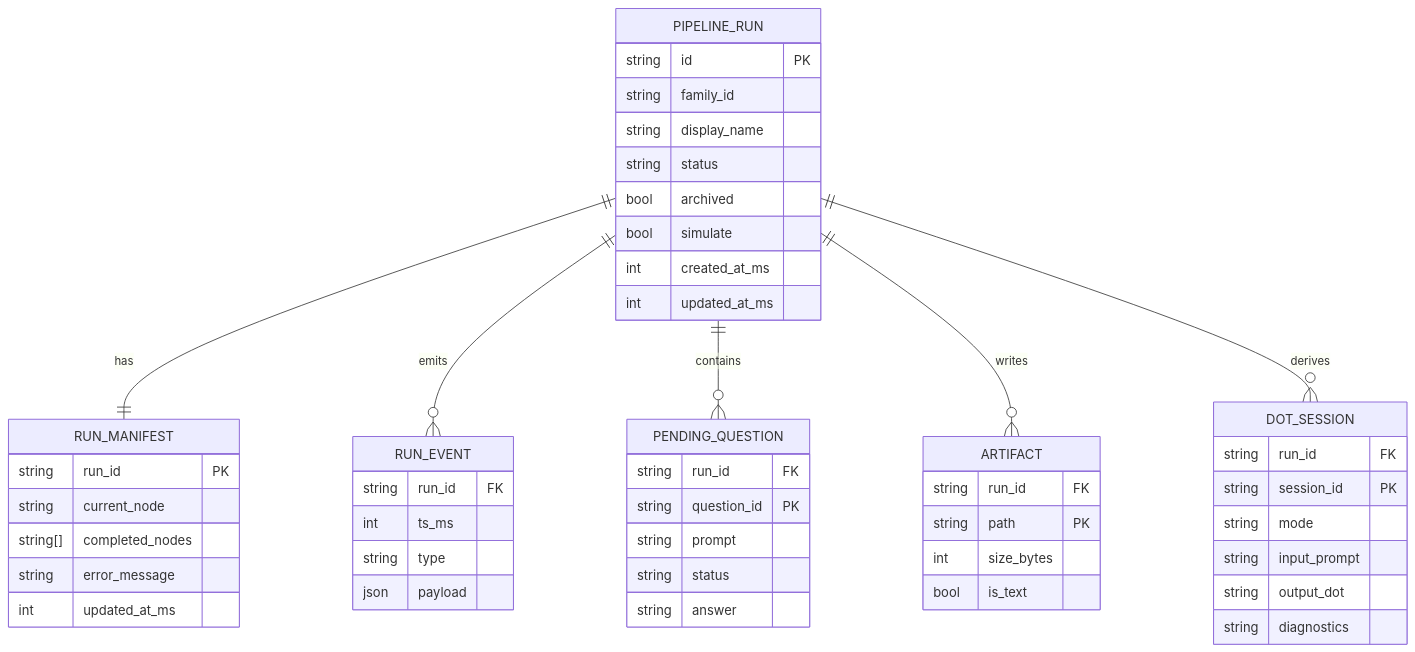
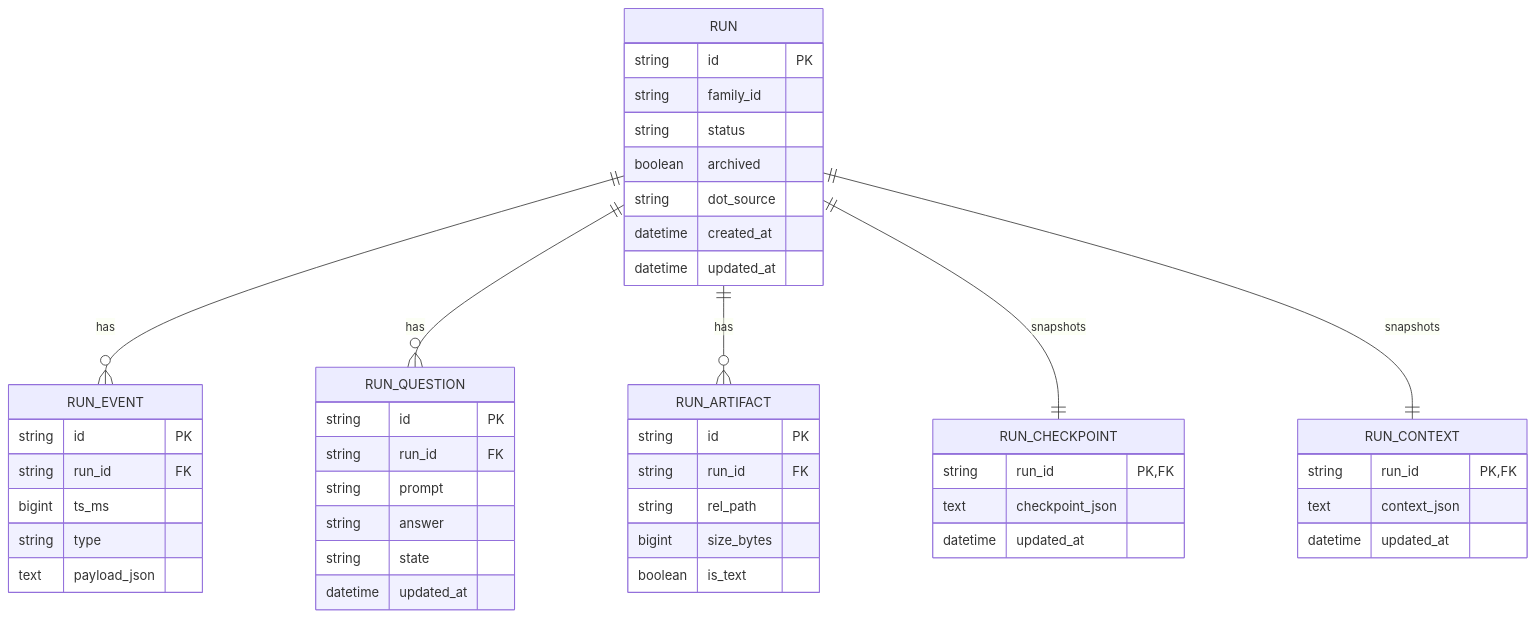
One commit to jaytaylor/attractor-php changed the second of 5 diagrams in docs/sprints/SPRINT-002-attractor-php-web-dashboard.md. Above: the diagram before and after it, drawn with Mermaid. The commit also changed other lines of this file, not shown here.

````diff
--- a/docs/sprints/SPRINT-002-attractor-php-web-dashboard.md
+++ b/docs/sprints/SPRINT-002-attractor-php-web-dashboard.md
@@ -1824,58 +2819,55 @@
 ```mermaid
 erDiagram
-    PIPELINE_RUN ||--|| RUN_MANIFEST : has
-    PIPELINE_RUN ||--o{ RUN_EVENT : emits
-    PIPELINE_RUN ||--o{ PENDING_QUESTION : contains
-    PIPELINE_RUN ||--o{ ARTIFACT : writes
-    PIPELINE_RUN ||--o{ DOT_SESSION : derives
-
-    PIPELINE_RUN {
+    RUN {
       string id PK
       string family_id
-      string display_name
       string status
-      bool archived
-      bool simulate
-      int created_at_ms
-      int updated_at_ms
-    }
-
-    RUN_MANIFEST {
-      string run_id PK
-      string current_node
-      string[] completed_nodes
-      string error_message
-      int updated_at_ms
+      boolean archived
+      string dot_source
+      datetime created_at
+      datetime updated_at
     }
 
     RUN_EVENT {
+      string id PK
       string run_id FK
-      int ts_ms
+      bigint ts_ms
       string type
-      json payload
+      text payload_json
     }
 
-    PENDING_QUESTION {
+    RUN_QUESTION {
+      string id PK
       string run_id FK
-      string question_id PK
       string prompt
-      string status
       string answer
+      string state
+      datetime updated_at
     }
 
-    ARTIFACT {
+    RUN_ARTIFACT {
+      string id PK
       string run_id FK
-      string path PK
-      int size_bytes
-      bool is_text
+      string rel_path
+      bigint size_bytes
+      boolean is_text
     }
 
-    DOT_SESSION {
-      string run_id FK
-      string session_id PK
-      string mode
-      string input_prompt
-      string output_dot
-      string diagnostics
+    RUN_CHECKPOINT {
+      string run_id PK, FK
+      text checkpoint_json
+      datetime updated_at
     }
+
+    RUN_CONTEXT {
+      string run_id PK, FK
+      text context_json
+      datetime updated_at
+    }
+
+    RUN ||--o{ RUN_EVENT : has
+    RUN ||--o{ RUN_QUESTION : has
+    RUN ||--o{ RUN_ARTIFACT : has
+    RUN ||--|| RUN_CHECKPOINT : snapshots
+    RUN ||--|| RUN_CONTEXT : snapshots
 ```
````
